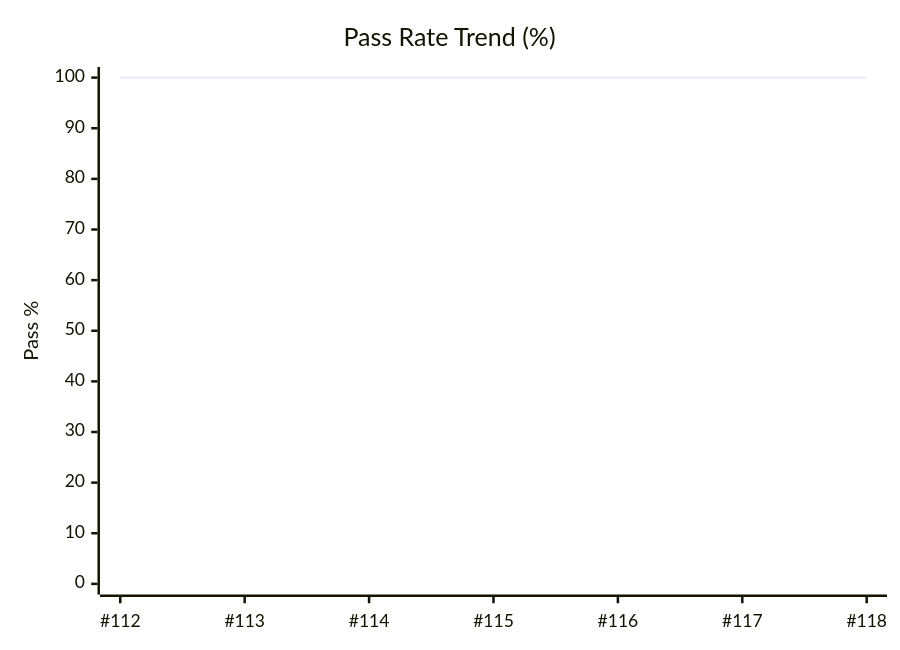
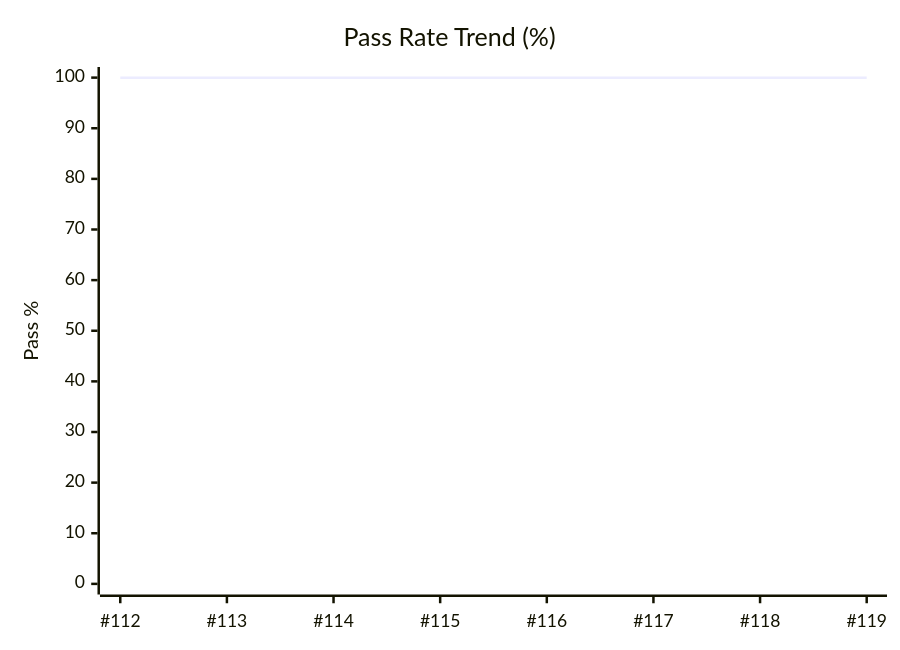
Before and after one commit to karimarie67/QA-boost: the diagram in dashboards/qa-metrics.md, drawn with Mermaid. The commit also changed other lines of this file and 2 other files, not shown here.

````diff
--- a/dashboards/qa-metrics.md
+++ b/dashboards/qa-metrics.md
@@ -37,7 +37,7 @@
 ```mermaid
 xychart-beta
     title "Pass Rate Trend (%)"
-    x-axis [#112, #113, #114, #115, #116, #117, #118]
+    x-axis [#112, #113, #114, #115, #116, #117, #118, #119]
     y-axis "Pass %" 0 --> 100
-    line [100.0, 100.0, 100.0, 100.0, 100.0, 100.0, 100.0]
+    line [100.0, 100.0, 100.0, 100.0, 100.0, 100.0, 100.0, 100.0]
 ```
````
